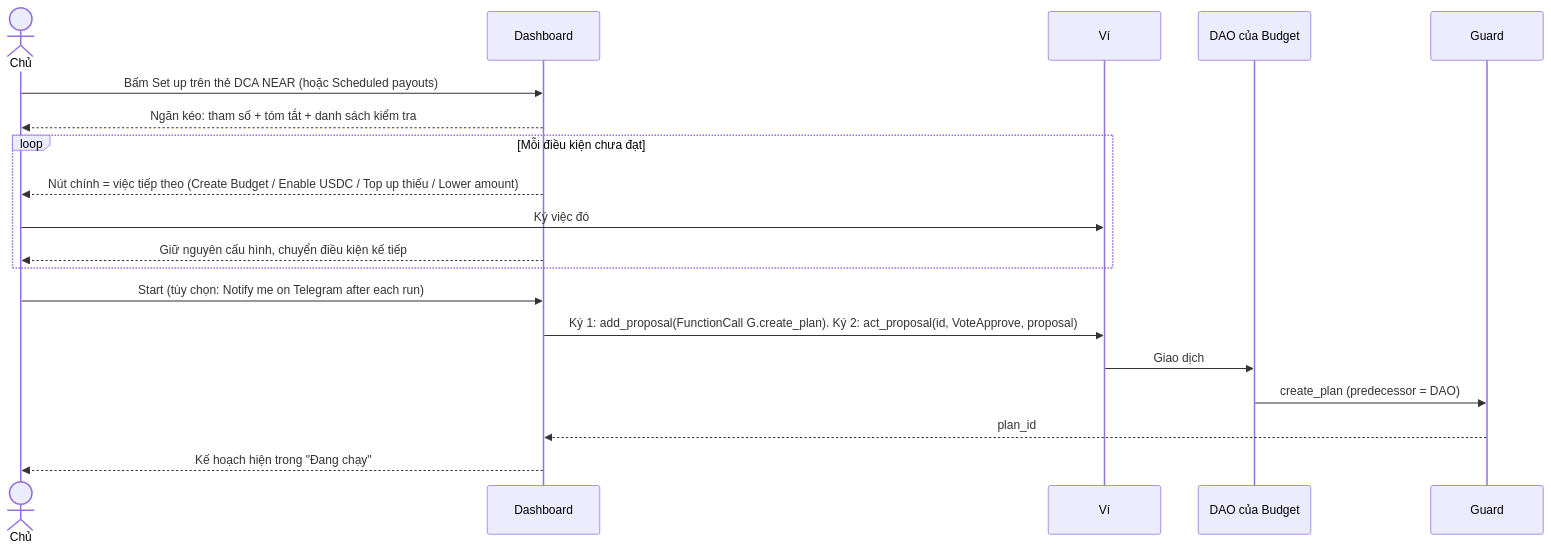
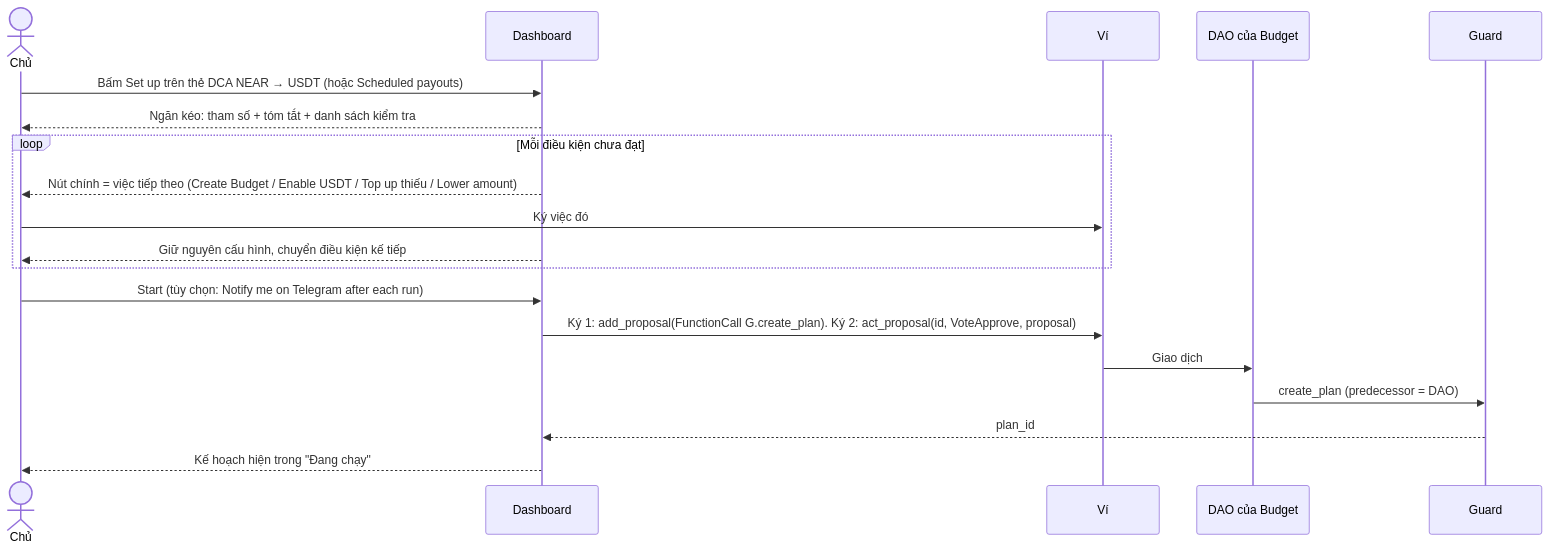
Diagram 19 of 21 in docs/usecase.md (BLV-Labs/keydoctor), drawn with Mermaid before and after one commit. The commit also changed other lines of this file and 1 other file, not shown here.

First line of the commit message:
docs(spec): DCA sells NEAR for USDT via Rhea, GĐ31 no longer needs GĐ23

````diff
--- a/docs/usecase.md
+++ b/docs/usecase.md
@@ -1070,22 +1070,22 @@
 ```mermaid
 sequenceDiagram
   actor U as Chủ
   participant D as Dashboard
   participant W as Ví
   participant DAO as DAO của Budget
   participant G as Guard
 
-  U->>D: Bấm Set up trên thẻ DCA NEAR (hoặc Scheduled payouts)
+  U->>D: Bấm Set up trên thẻ DCA NEAR → USDT (hoặc Scheduled payouts)
   D-->>U: Ngăn kéo: tham số + tóm tắt + danh sách kiểm tra
   loop Mỗi điều kiện chưa đạt
-    D-->>U: Nút chính = việc tiếp theo (Create Budget / Enable USDC / Top up thiếu / Lower amount)
+    D-->>U: Nút chính = việc tiếp theo (Create Budget / Enable USDT / Top up thiếu / Lower amount)
     U->>W: Ký việc đó
     D-->>U: Giữ nguyên cấu hình, chuyển điều kiện kế tiếp
   end
   U->>D: Start (tùy chọn: Notify me on Telegram after each run)
   D->>W: Ký 1: add_proposal(FunctionCall G.create_plan). Ký 2: act_proposal(id, VoteApprove, proposal)
   W->>DAO: Giao dịch
   DAO->>G: create_plan (predecessor = DAO)
   G-->>D: plan_id
   D-->>U: Kế hoạch hiện trong "Đang chạy"
 ```
````
